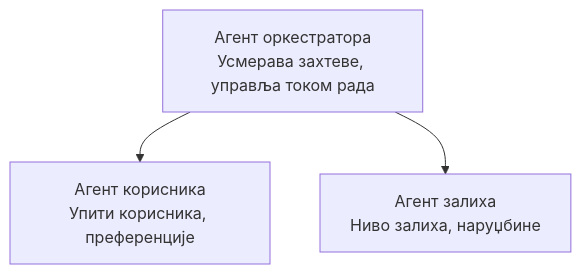
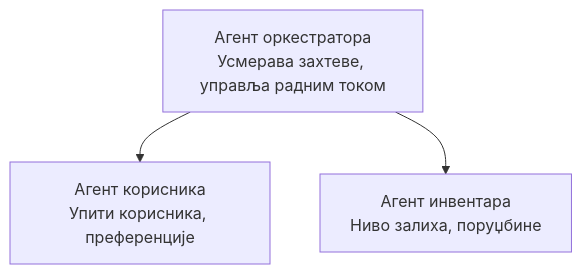
Before and after one commit to microsoft/AZD-for-beginners: the diagram in translations/sr/docs/chapter-05-multi-agent/README.md, drawn with Mermaid. The commit also changed other lines of this file and 104 other files, not shown here.

````diff
--- a/translations/sr/docs/chapter-05-multi-agent/README.md
+++ b/translations/sr/docs/chapter-05-multi-agent/README.md
@@ -52,5 +54,5 @@
 ```mermaid
 graph TD
-    Orchestrator[Агент оркестратора<br/>Усмерава захтеве, управља током рада] --> Customer[Агент корисника<br/>Упити корисника, преференције]
-    Orchestrator --> Inventory[Агент залиха<br/>Ниво залиха, наруџбине]
+    Orchestrator[Агент оркестратора<br/>Усмерава захтеве, управља радним током] --> Customer[Агент корисника<br/>Упити корисника, преференције]
+    Orchestrator --> Inventory[Агент инвентара<br/>Ниво залиха, поруџбине]
 ```
````
